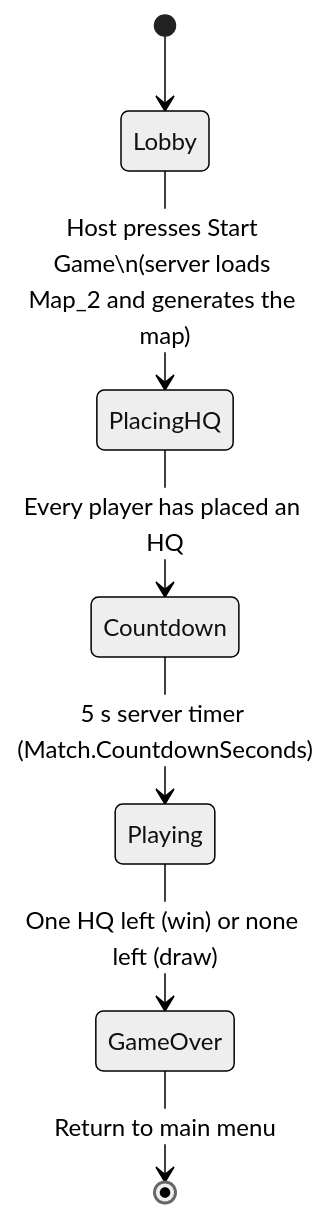
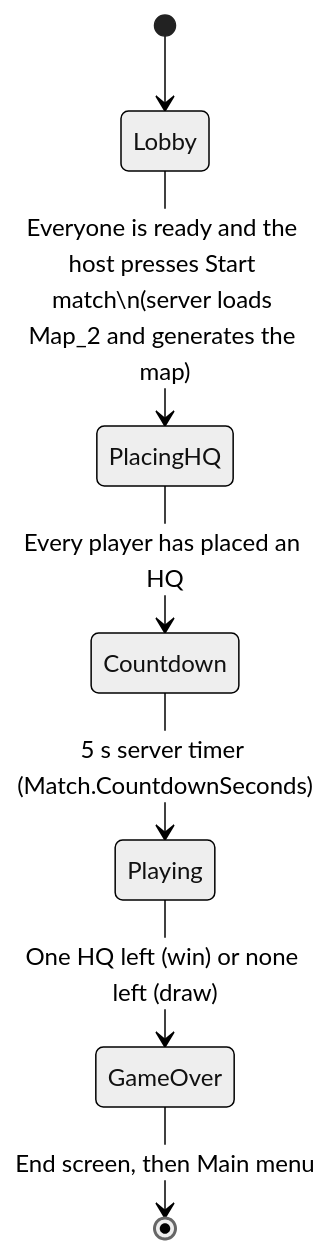
Before and after one commit to CoolCoder353/WAR-2D: the diagram in docs/gameplay.md, drawn with Mermaid (neutral theme). The commit also changed other lines of this file and 134 other files, not shown here.

Commit message:
Add the UI Toolkit menus and lobby with map preview and reroll, the live menu battle, surrender, gifting and the end screen with stats

````diff
--- a/docs/gameplay.md
+++ b/docs/gameplay.md
@@ -11,9 +11,9 @@
 ```mermaid
 stateDiagram-v2
     [*] --> Lobby
-    Lobby --> PlacingHQ: Host presses Start Game\n(server loads Map_2 and generates the map)
+    Lobby --> PlacingHQ: Everyone is ready and the host presses Start match\n(server loads Map_2 and generates the map)
     PlacingHQ --> Countdown: Every player has placed an HQ
     Countdown --> Playing: 5 s server timer (Match.CountdownSeconds)
     Playing --> GameOver: One HQ left (win) or none left (draw)
-    GameOver --> [*]: Return to main menu
+    GameOver --> [*]: End screen, then Main menu
 ```
````
